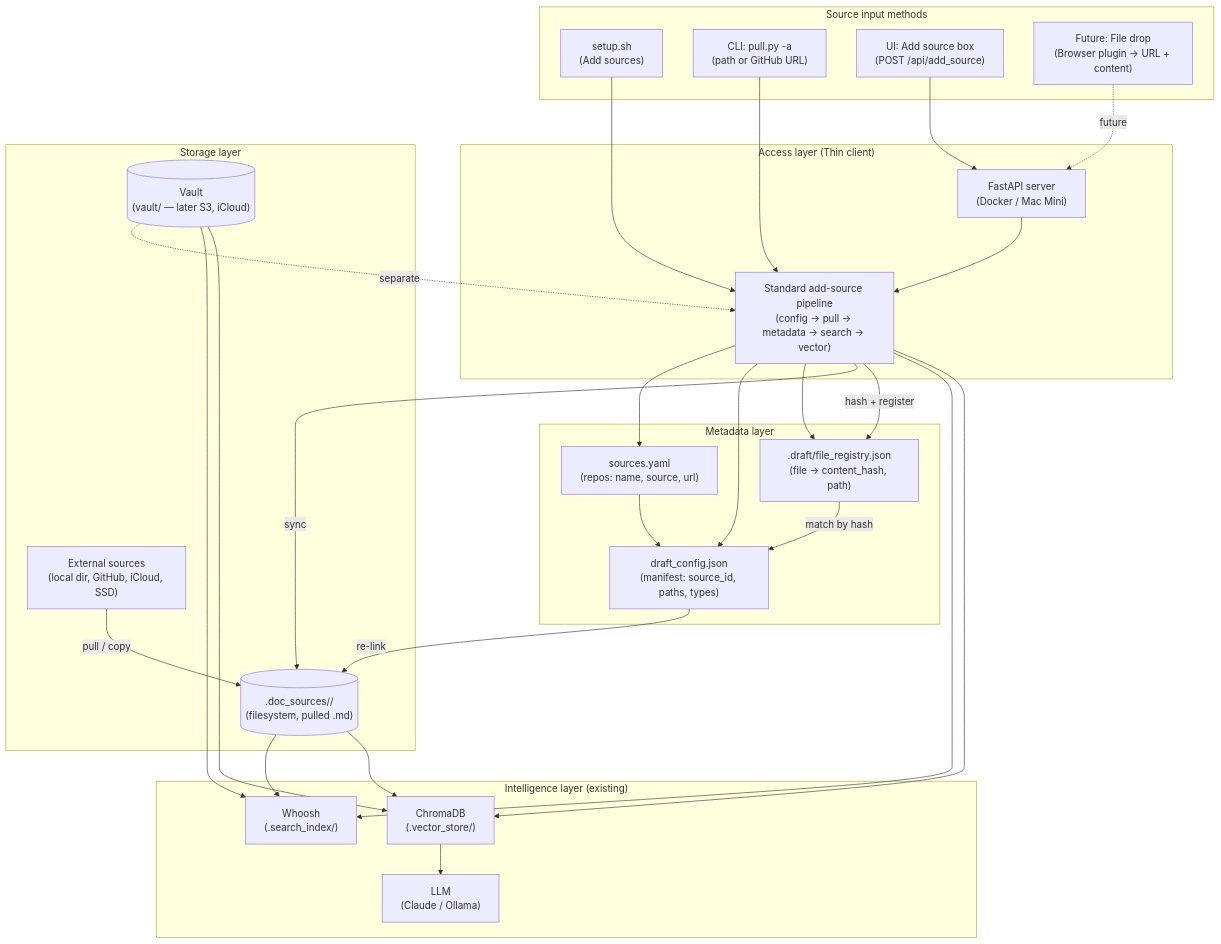
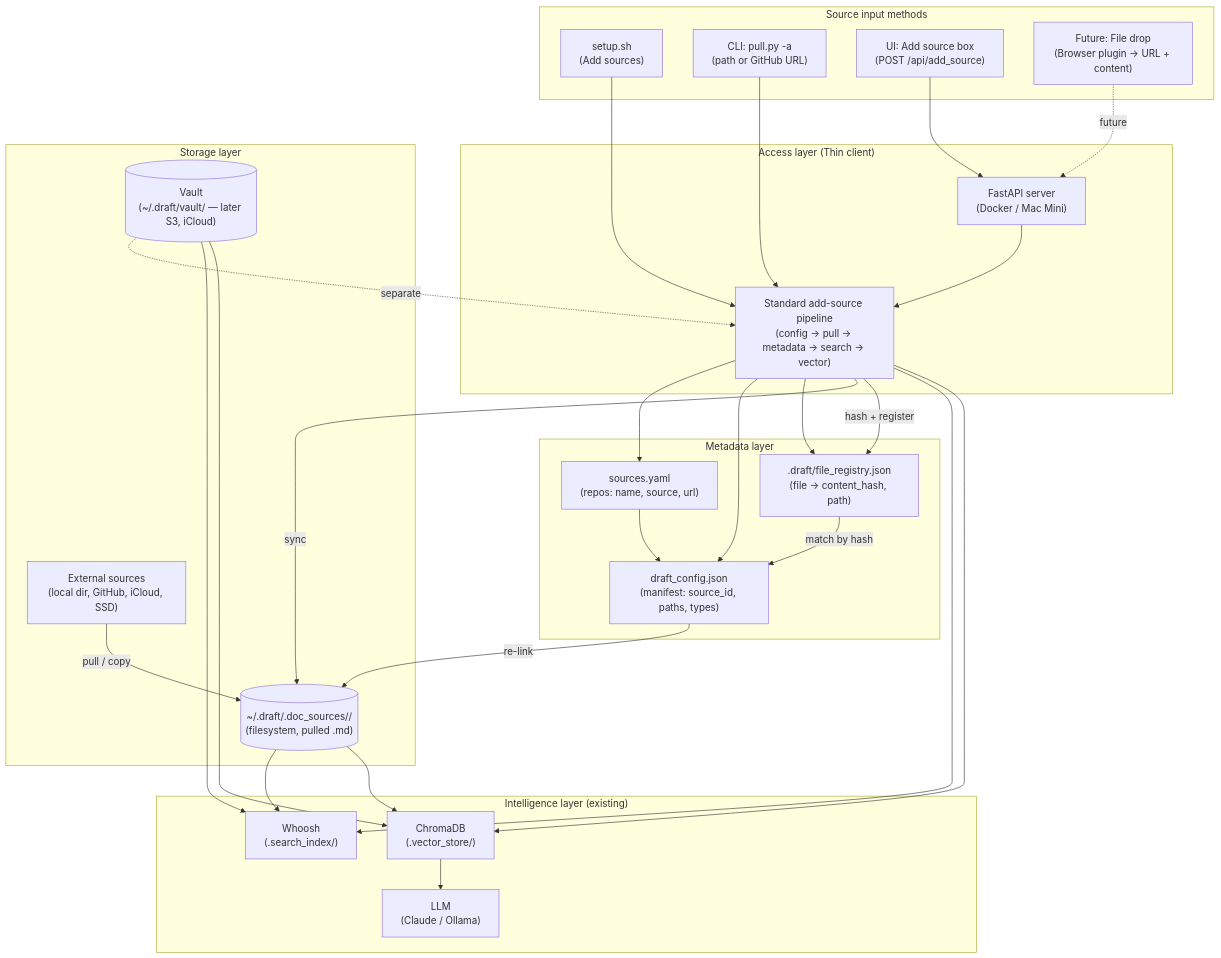
The diagram in docs/storage-and-metadata-design.md (shanjing/draft), drawn with Mermaid before and after one commit. The commit also changed other lines of this file and 20 other files, not shown here.

````diff
--- a/docs/storage-and-metadata-design.md
+++ b/docs/storage-and-metadata-design.md
@@ -11,56 +13,56 @@
 ```mermaid
 flowchart TB
   subgraph inputs["Source input methods"]
     setup["setup.sh\n(Add sources)"]
     cli["CLI: pull.py -a\n(path or GitHub URL)"]
     ui["UI: Add source box\n(POST /api/add_source)"]
     drop["Future: File drop\n(Browser plugin → URL + content)"]
   end
 
   subgraph access["Access layer (Thin client)"]
     api["FastAPI server\n(Docker / Mac Mini)"]
     pipeline["Standard add-source pipeline\n(config → pull → metadata → search → vector)"]
     api --> pipeline
   end
 
   subgraph meta["Metadata layer"]
     sources["sources.yaml\n(repos: name, source, url)"]
     manifest["draft_config.json\n(manifest: source_id, paths, types)"]
     registry[".draft/file_registry.json\n(file → content_hash, path)"]
     sources --> manifest
     pipeline --> sources
     pipeline --> manifest
     pipeline --> registry
   end
 
   subgraph storage["Storage layer"]
     external["External sources\n(local dir, GitHub, iCloud, SSD)"]
-    vault[("Vault\n(vault/ — later S3, iCloud)")]
-    docs[(".doc_sources/<source_id>/\n(filesystem, pulled .md)")]
+    vault[("Vault\n(~/.draft/vault/ — later S3, iCloud)")]
+    docs[("~/.draft/.doc_sources/<source_id>/\n(filesystem, pulled .md)")]
     external -->|"pull / copy"| docs
     vault -.->|"separate"| pipeline
   end
 
   subgraph intel["Intelligence layer (existing)"]
     whoosh["Whoosh\n(.search_index/)"]
     chroma["ChromaDB\n(.vector_store/)"]
     llm["LLM\n(Claude / Ollama)"]
     docs --> whoosh
     docs --> chroma
     chroma --> llm
   end
 
   setup --> pipeline
   cli --> pipeline
   ui --> api
   drop -.->|"future"| api
 
   pipeline -->|"sync"| docs
   pipeline -->|"hash + register"| registry
   pipeline --> whoosh
   pipeline --> chroma
   manifest -->|"re-link"| docs
   registry -->|"match by hash"| manifest
   vault --> whoosh
   vault --> chroma
 ```
````
